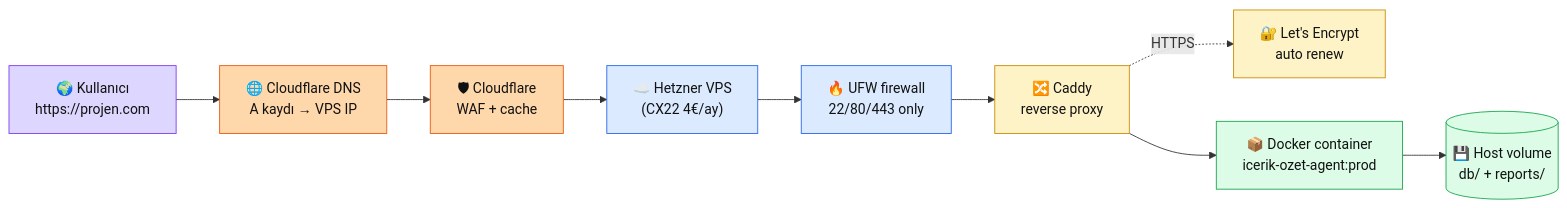
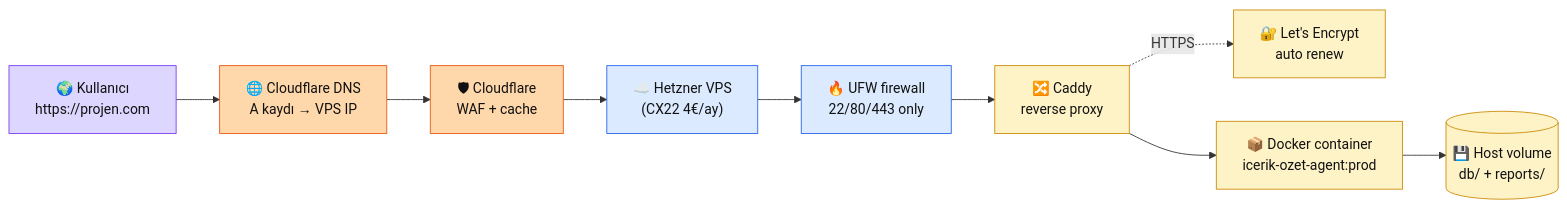
One commit to KemalG-u/muhendisal-platform changed the diagram in docs/bolum-9/02-cloud.md. Above: the diagram before and after it, drawn with Mermaid. The commit also changed other lines of this file and 13 other files, not shown here.

````diff
--- a/docs/bolum-9/02-cloud.md
+++ b/docs/bolum-9/02-cloud.md
@@ -38,29 +39,29 @@
 ```mermaid
 flowchart LR
     USR["🌍 Kullanıcı\nhttps://projen.com"]
     DNS["🌐 Cloudflare DNS\nA kaydı → VPS IP"]
     WAF["🛡 Cloudflare\nWAF + cache"]
     VPS["☁️ Hetzner VPS\n(CX22 4€/ay)"]
     FW["🔥 UFW firewall\n22/80/443 only"]
     PROXY["🔀 Caddy\nreverse proxy"]
     CERT["🔐 Let's Encrypt\nauto renew"]
     CONT["📦 Docker container\nicerik-ozet-agent:prod"]
     VOL[("💾 Host volume\ndb/ + reports/")]
 
     USR --> DNS --> WAF --> VPS
     VPS --> FW --> PROXY
     PROXY -.HTTPS.-> CERT
     PROXY --> CONT
     CONT --> VOL
 
     classDef user fill:#ddd6fe,stroke:#7c3aed,color:#111
     classDef dns fill:#fed7aa,stroke:#ea580c,color:#111
     classDef vps fill:#dbeafe,stroke:#2563eb,color:#111
     classDef proxy fill:#fef3c7,stroke:#ca8a04,color:#111
-    classDef app fill:#dcfce7,stroke:#16a34a,color:#111
+    classDef app fill:#fef3c7,stroke:#ca8a04,color:#111
     class USR user
     class DNS,WAF dns
     class VPS,FW vps
     class PROXY,CERT proxy
     class CONT,VOL app
 ```
````
